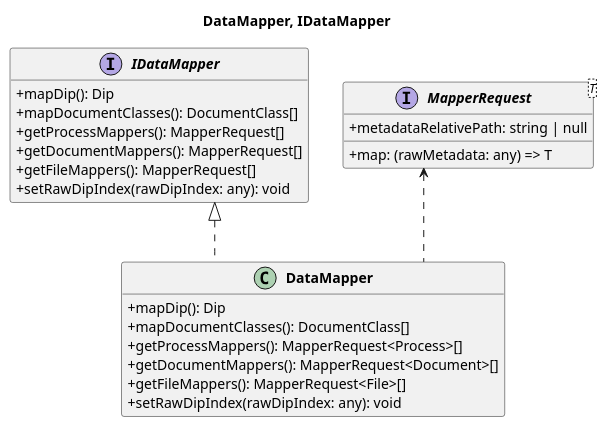
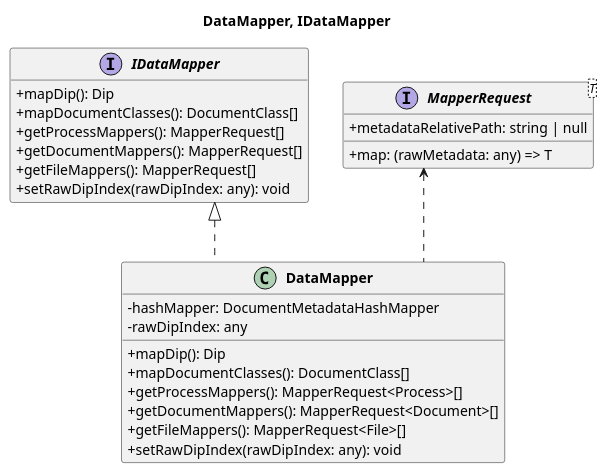
Before and after one commit to 7-ZPUs/Docs: the diagram in 3_PB/DocumentiEsterni/DiagrammiSpecificaTecnica/C4/C4_Main_Indexing_Flow_DataMapper.puml, drawn with PlantUML. The commit also changed 5 other files, not shown here.

```diff
--- a/3_PB/DocumentiEsterni/DiagrammiSpecificaTecnica/C4/C4_Main_Indexing_Flow_DataMapper.puml
+++ b/3_PB/DocumentiEsterni/DiagrammiSpecificaTecnica/C4/C4_Main_Indexing_Flow_DataMapper.puml
@@ -1,39 +1,41 @@
 @startuml Class Diagram - Main Indexing Flow - Group 2
 
 top to bottom direction
 skinparam classAttributeIconSize 0
 skinparam classFontStyle bold
 skinparam packageStyle rectangle
 skinparam linetype ortho
 hide empty members
 
 
 title DataMapper, IDataMapper
 
   interface IDataMapper {
     + mapDip(): Dip
     + mapDocumentClasses(): DocumentClass[]
     + getProcessMappers(): MapperRequest[]
     + getDocumentMappers(): MapperRequest[]
     + getFileMappers(): MapperRequest[]
     + setRawDipIndex(rawDipIndex: any): void
   }
 
   class DataMapper {
+    - hashMapper: DocumentMetadataHashMapper
+    - rawDipIndex: any
     + mapDip(): Dip
     + mapDocumentClasses(): DocumentClass[]
     + getProcessMappers(): MapperRequest<Process>[]
     + getDocumentMappers(): MapperRequest<Document>[]
     + getFileMappers(): MapperRequest<File>[]
     + setRawDipIndex(rawDipIndex: any): void
   }
 
   interface MapperRequest<T> {
     + metadataRelativePath: string | null
     + map: (rawMetadata: any) => T 
   }
 
 IDataMapper <|.. DataMapper
 MapperRequest <.. DataMapper
 
 @enduml
```
